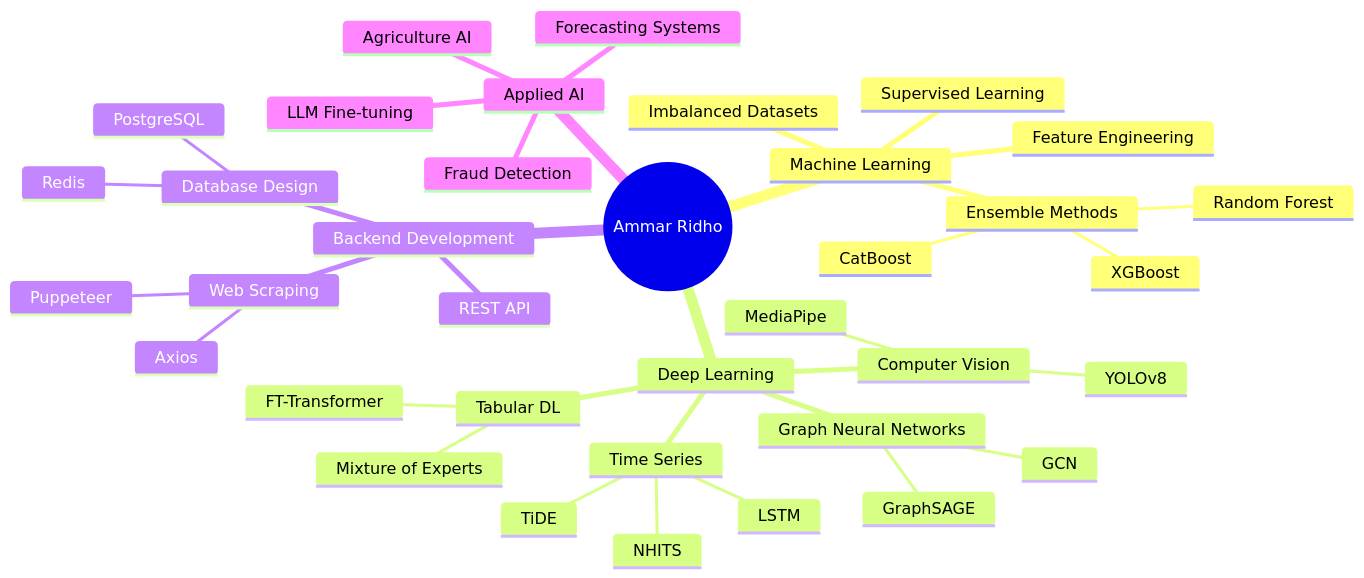
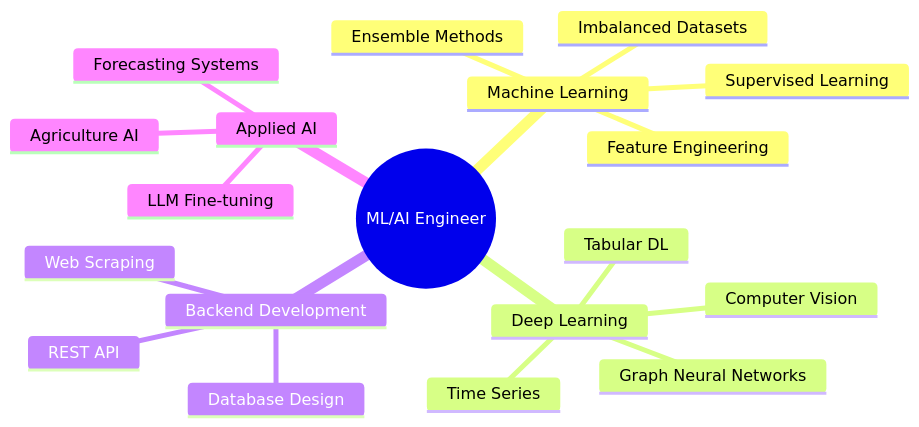
Before and after one commit to BangJhen/BangJhen: the diagram in README.md, drawn with Mermaid. The commit also changed other lines of this file and 1 other file, not shown here.

````diff
--- a/README.md
+++ b/README.md
@@ -103,39 +77,22 @@
 ```mermaid
 mindmap
-  root((Ammar Ridho))
+  root((ML/AI Engineer))
     Machine Learning
       Supervised Learning
       Imbalanced Datasets
       Feature Engineering
       Ensemble Methods
-        XGBoost
-        CatBoost
-        Random Forest
     Deep Learning
       Computer Vision
-        MediaPipe
-        YOLOv8
       Tabular DL
-        FT-Transformer
-        Mixture of Experts
       Time Series
-        NHITS
-        LSTM
-        TiDE
       Graph Neural Networks
-        GCN
-        GraphSAGE
     Backend Development
       REST API
       Web Scraping
-        Puppeteer
-        Axios
       Database Design
-        PostgreSQL
-        Redis
     Applied AI
       LLM Fine-tuning
       Agriculture AI
-      Fraud Detection
       Forecasting Systems
 ```
````
